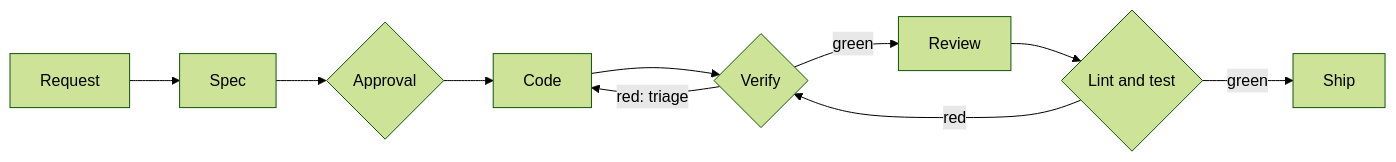
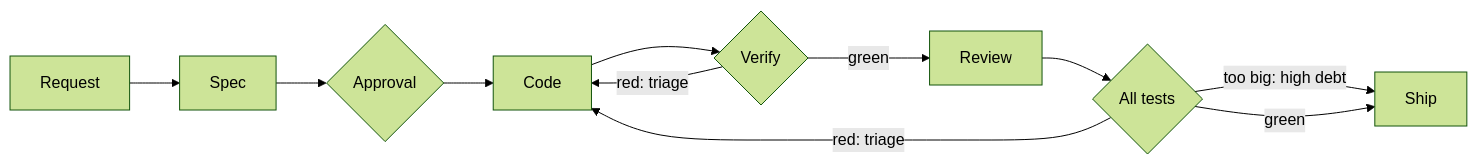
The second of 2 diagrams in docs/how-it-works.md (AIDDbot/AIDDbot), drawn with Mermaid (forest theme) before and after one commit. The commit also changed other lines of this file and 9 other files, not shown here.

````diff
--- a/docs/how-it-works.md
+++ b/docs/how-it-works.md
@@ -47,8 +47,9 @@
 ```mermaid
 flowchart LR
     R[Request] --> S[Spec] --> OK{Approval} --> C[Code] --> V{Verify}
     V -->|red: triage| C
-    V -->|green| Q[Review] --> RG{Lint and test}
-    RG -->|red| V
+    V -->|green| Q[Review] --> RG{All tests}
+    RG -->|red: triage| C
+    RG -->|too big: high debt| SH
     RG -->|green| SH[Ship]
 ```
````
